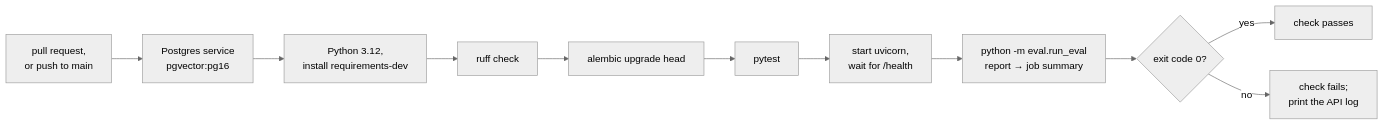
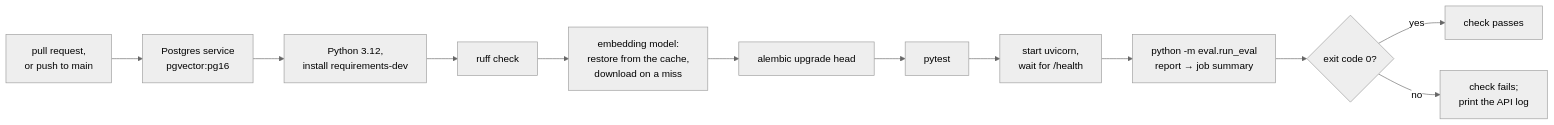
One commit to ZiadHendawy/mutable changed diagram 23 of 23 in docs/design.md. Above: the diagram before and after it, drawn with Mermaid (neutral theme). The commit also changed other lines of this file and 5 other files, not shown here.

First line of the commit message:
M4 task 2: embedding model behind one interface, plus a fake for tests

````diff
--- a/docs/design.md
+++ b/docs/design.md
@@ -1123,13 +1165,14 @@
 ```mermaid
 flowchart LR
     trig["pull request,<br/>or push to main"] --> pg["Postgres service<br/>pgvector:pg16"]
     pg --> py["Python 3.12,<br/>install requirements-dev"]
     py --> lint["ruff check"]
-    lint --> mig["alembic upgrade head"]
+    lint --> model["embedding model:<br/>restore from the cache,<br/>download on a miss"]
+    model --> mig["alembic upgrade head"]
     mig --> test["pytest"]
     test --> up["start uvicorn,<br/>wait for /health"]
     up --> ev["python -m eval.run_eval<br/>report → job summary"]
     ev --> gate{"exit code 0?"}
     gate -- yes --> pass["check passes"]
     gate -- no --> fail["check fails;<br/>print the API log"]
 ```
````
